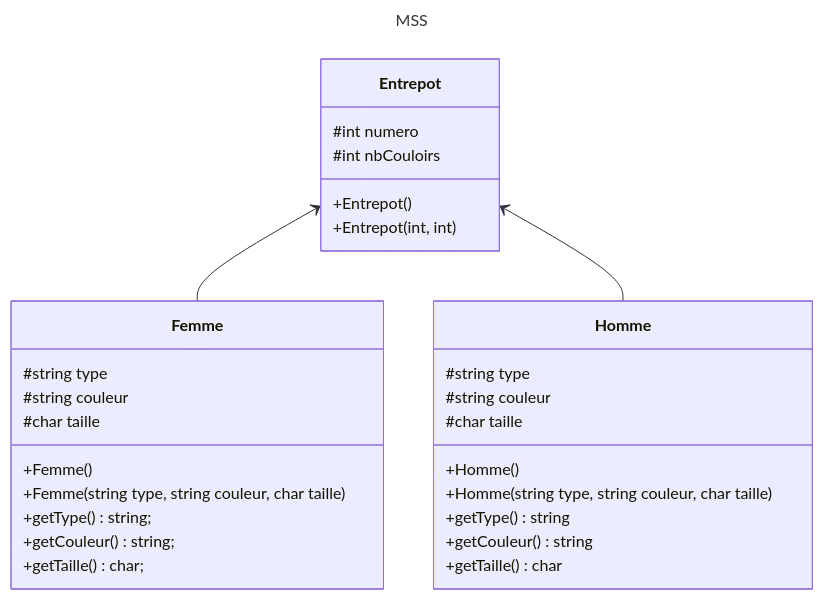
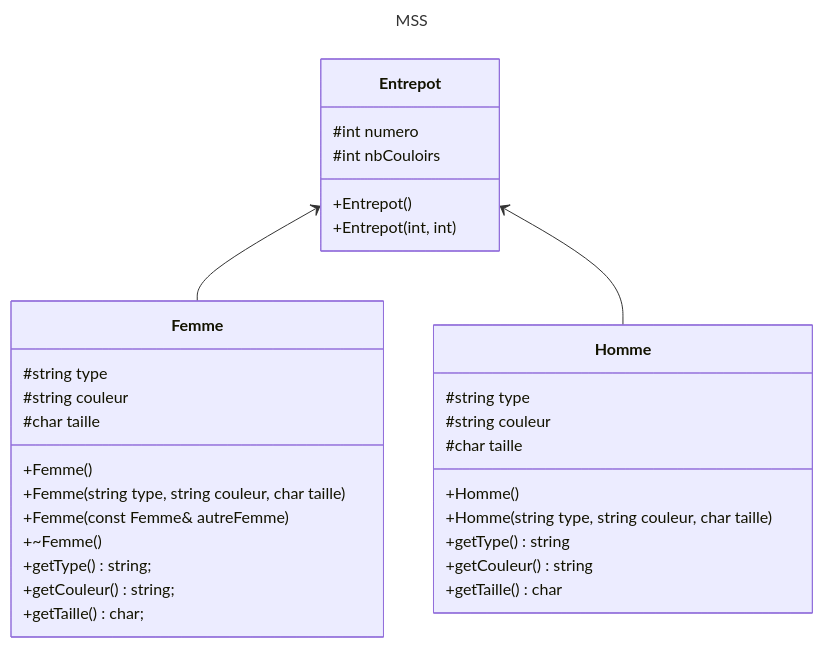
Before and after one commit to miriafassarella/projetSession: the diagram in stock.md, drawn with Mermaid.

````diff
--- a/stock.md
+++ b/stock.md
@@ -1,38 +1,40 @@
 ```mermaid
 ---
 title: MSS
 ---
 classDiagram
 
 class Entrepot{
 #int numero
 #int nbCouloirs
 +Entrepot()
 +Entrepot(int, int)
 }
 
 class Femme{
 #string type
 #string couleur
 #char taille
 +Femme()
 +Femme(string type, string couleur, char taille)
++Femme(const Femme& autreFemme)
++~Femme()
 +getType() string;
 +getCouleur() string;
 +getTaille() char;
 }
 
 class Homme{
 #string type
 #string couleur
 #char taille
 +Homme()
 +Homme(string type, string couleur, char taille)
 +getType() string
 +getCouleur() string
 +getTaille() char
 }
 
 Entrepot <-- Femme
 Entrepot <--Homme
 ```
````
